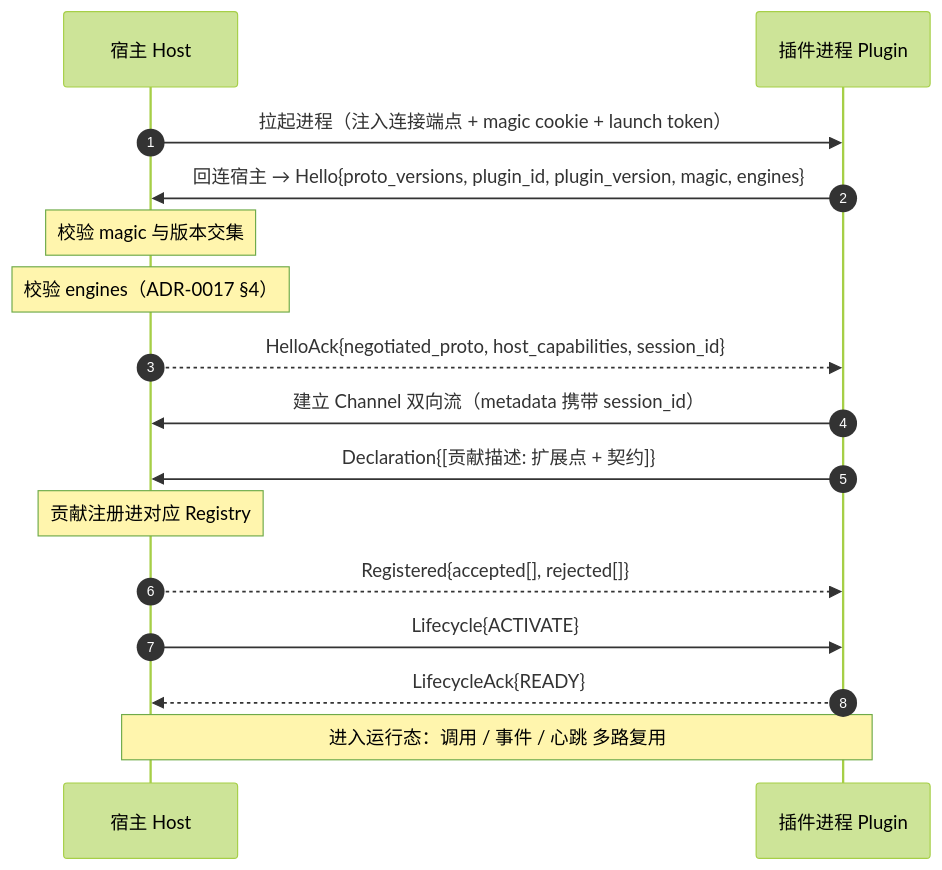
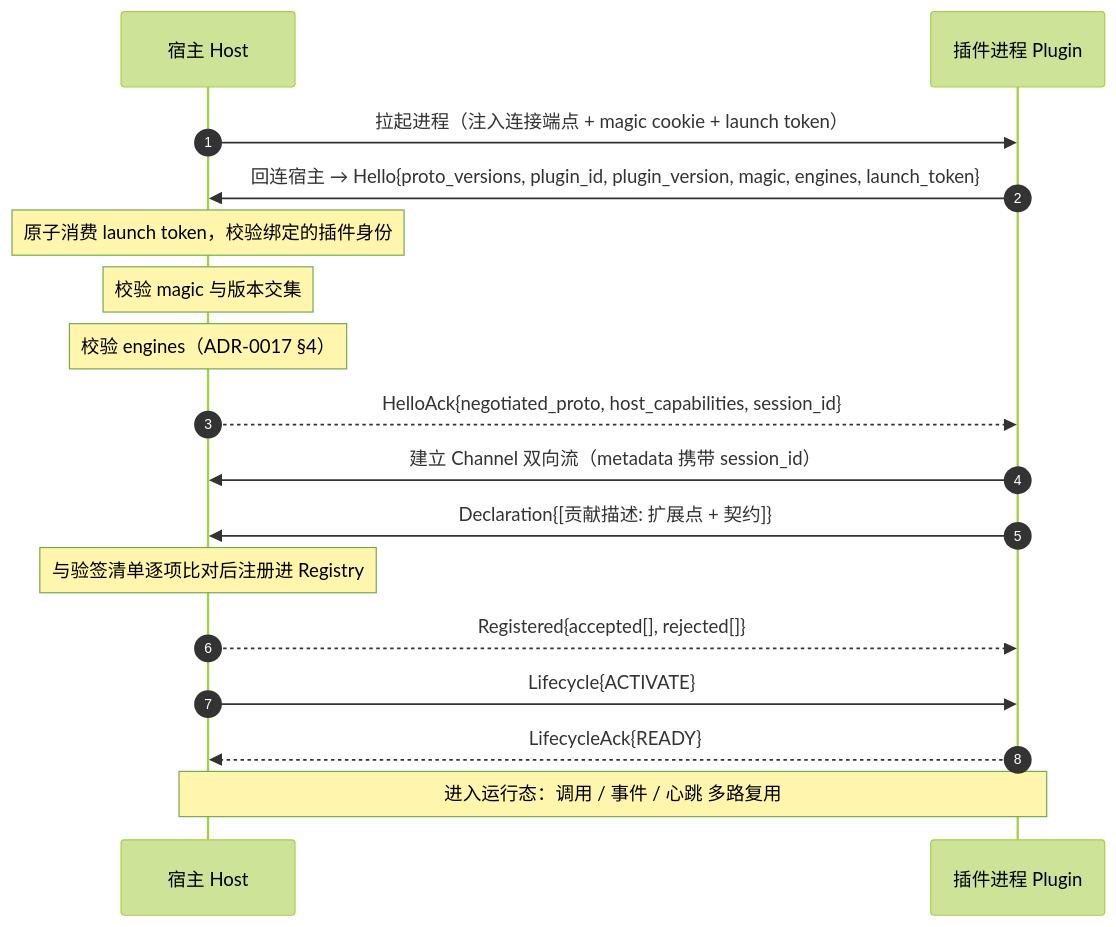
One commit to yandt/VastPlan changed the second of 3 diagrams in docs/dev/architecture/插件契约与协议.md. Above: the diagram before and after it, drawn with Mermaid (forest theme). The commit also changed other lines of this file and 21 other files, not shown here.

Commit message:
fix(security): bind plugin launch to signed policy

````diff
--- a/docs/dev/architecture/插件契约与协议.md
+++ b/docs/dev/architecture/插件契约与协议.md
@@ -207,19 +207,20 @@
 ```mermaid
 sequenceDiagram
     autonumber
     participant H as 宿主 Host
     participant P as 插件进程 Plugin
 
     H->>P: 拉起进程（注入连接端点 + magic cookie + launch token）
-    P->>H: 回连宿主 → Hello{proto_versions, plugin_id, plugin_version, magic, engines}
+    P->>H: 回连宿主 → Hello{proto_versions, plugin_id, plugin_version, magic, engines, launch_token}
+    Note over H: 原子消费 launch token，校验绑定的插件身份
     Note over H: 校验 magic 与版本交集
     Note over H: 校验 engines（ADR-0017 §4）
     H-->>P: HelloAck{negotiated_proto, host_capabilities, session_id}
     P->>H: 建立 Channel 双向流（metadata 携带 session_id）
     P->>H: Declaration{[贡献描述: 扩展点 + 契约]}
-    Note over H: 贡献注册进对应 Registry
+    Note over H: 与验签清单逐项比对后注册进 Registry
     H-->>P: Registered{accepted[], rejected[]}
     H->>P: Lifecycle{ACTIVATE}
     P-->>H: LifecycleAck{READY}
     Note over H,P: 进入运行态：调用 / 事件 / 心跳 多路复用
 ```
````
